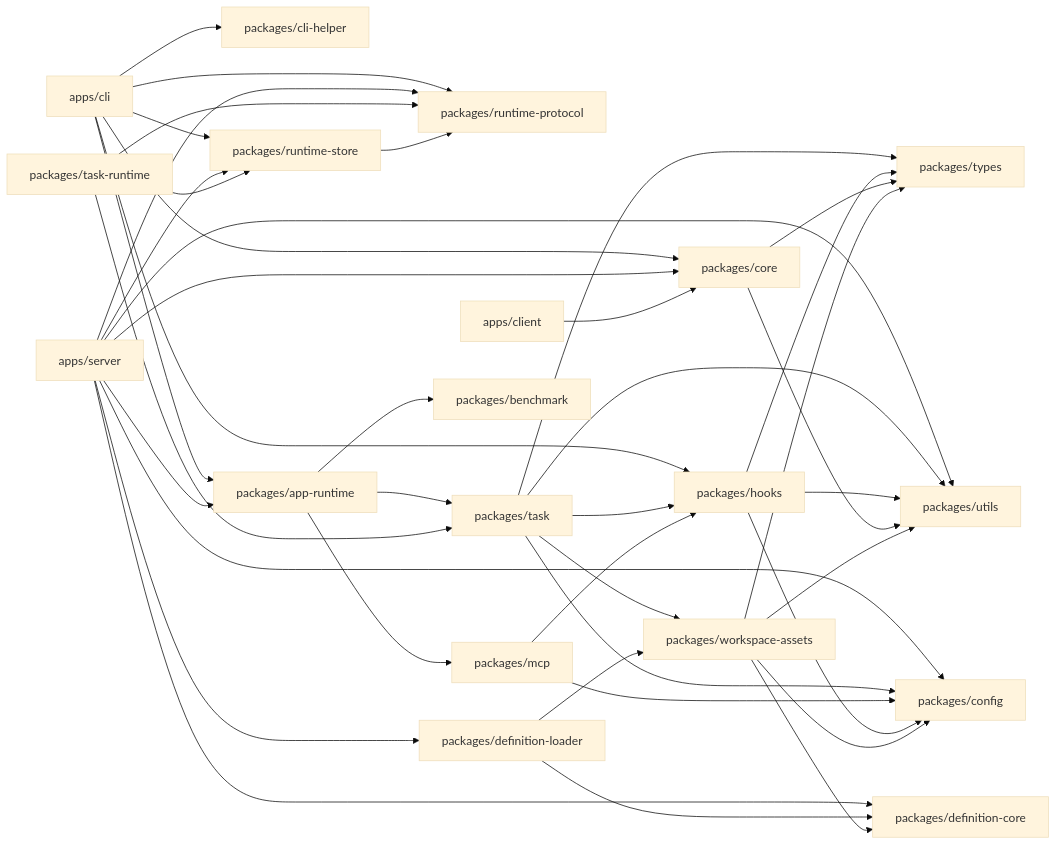
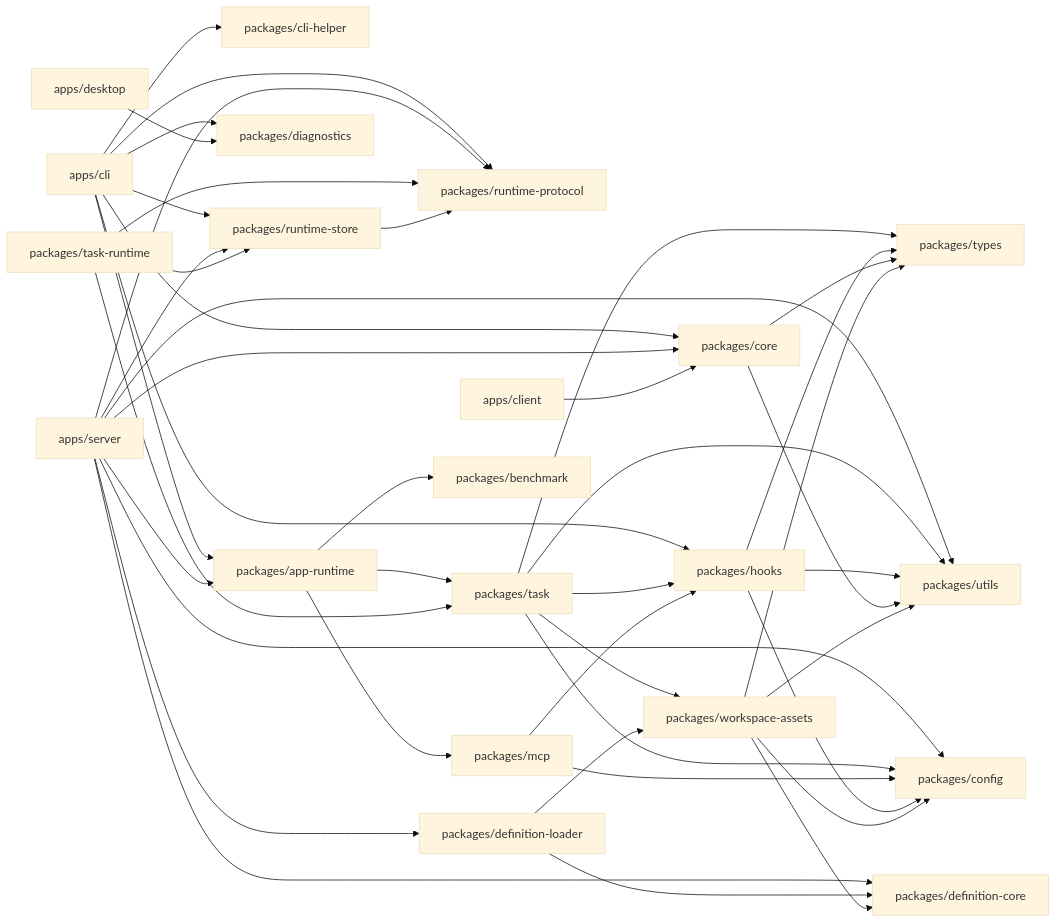
The diagram in .oo/rules/architecture/dependencies.md (oneworks-ai/app), drawn with Mermaid (base theme) before and after one commit. The commit also changed other lines of this file and 173 other files, not shown here.

````diff
--- a/.oo/rules/architecture/dependencies.md
+++ b/.oo/rules/architecture/dependencies.md
@@ -7,54 +7,57 @@
 ```mermaid
 flowchart LR
   CLI["apps/cli"] --> Helper["packages/cli-helper"]
   CLI --> AppRuntime["packages/app-runtime"]
   CLI --> RuntimeStore["packages/runtime-store"]
   CLI --> RuntimeProtocol["packages/runtime-protocol"]
   CLI --> Hooks["packages/hooks"]
   CLI --> Core["packages/core"]
+  CLI --> Diagnostics["packages/diagnostics"]
 
   Server["apps/server"] --> AppRuntime
   Server --> RuntimeStore
   Server --> RuntimeProtocol
   Server --> Core
   Server --> Config["packages/config"]
   Server --> DefinitionCore["packages/definition-core"]
   Server --> DefinitionLoader["packages/definition-loader"]
   Server --> Utils["packages/utils"]
 
   Client["apps/client"] --> Core
+
+  Desktop["apps/desktop"] --> Diagnostics
 
   AppRuntime --> Task["packages/task"]
   AppRuntime --> MCP["packages/mcp"]
   AppRuntime --> Benchmark["packages/benchmark"]
 
   TaskRuntime["packages/task-runtime"] --> RuntimeStore
   TaskRuntime --> RuntimeProtocol
   TaskRuntime --> Task
 
   Task --> WorkspaceAssets["packages/workspace-assets"]
   Task --> Hooks
   Task --> Config
   Task --> Utils
   Task --> Types["packages/types"]
 
   MCP --> Hooks
   MCP --> Config
 
   RuntimeStore --> RuntimeProtocol
 
   Hooks --> Config
   Hooks --> Utils
   Hooks --> Types
 
   Core --> Types
   Core --> Utils
 
   DefinitionLoader --> DefinitionCore
   DefinitionLoader --> WorkspaceAssets
 
   WorkspaceAssets --> DefinitionCore
   WorkspaceAssets --> Config
   WorkspaceAssets --> Utils
   WorkspaceAssets --> Types
 ```
````
